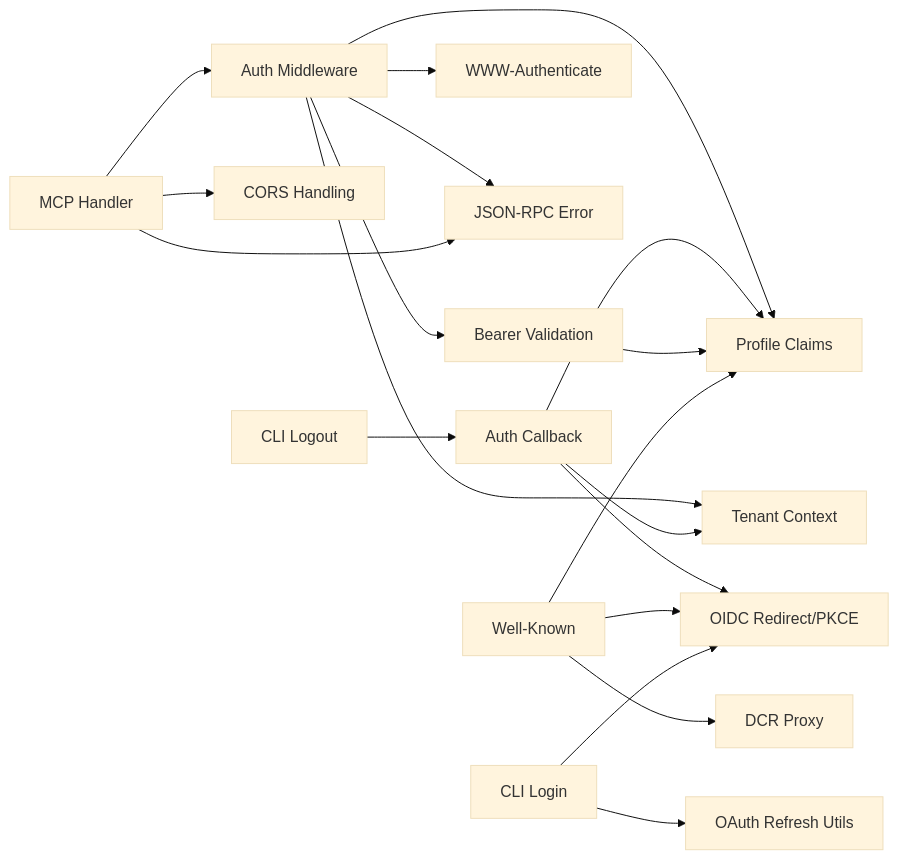
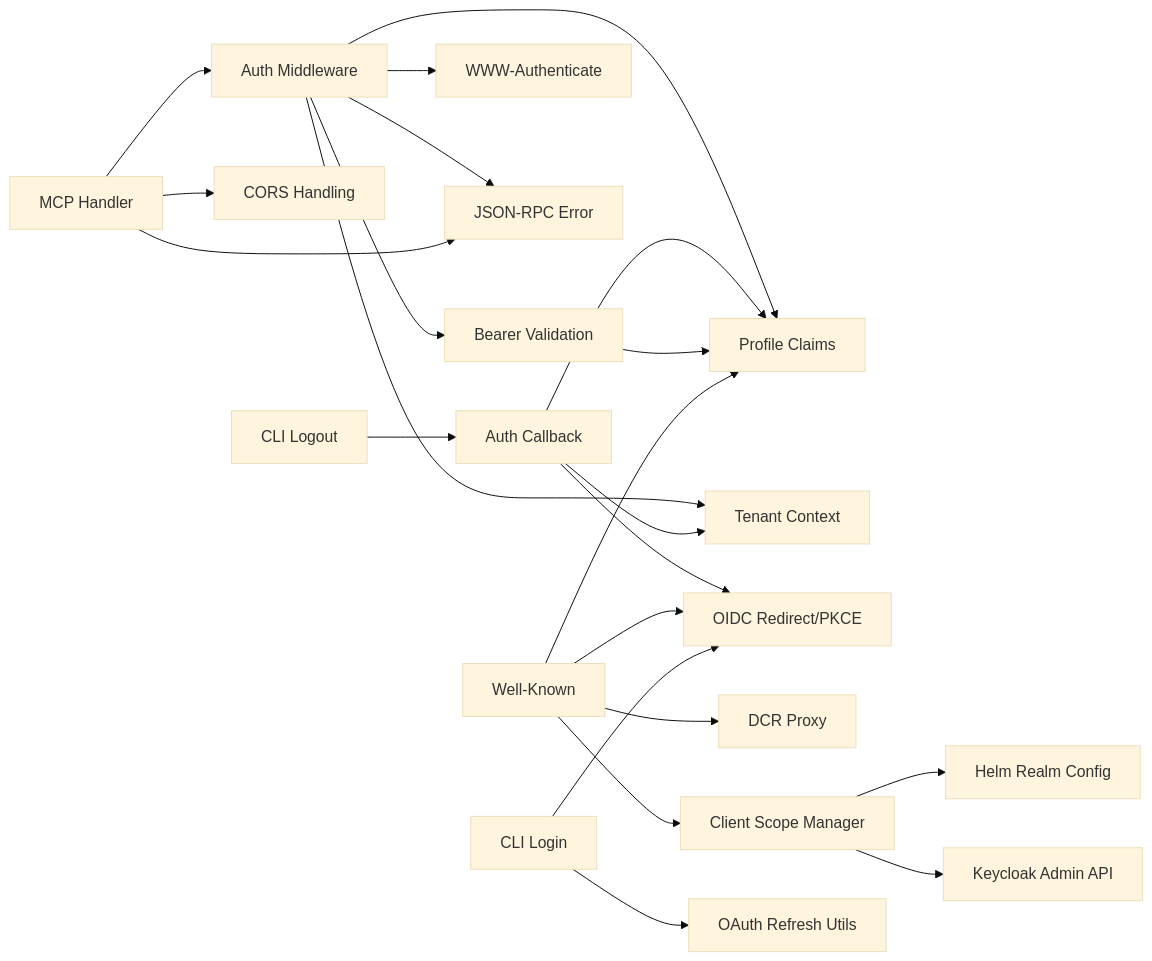
One commit to debian777/kairos-mcp changed diagram 15 of 15 in .qoder/repowiki/en/content/Core Services/Authentication & Authorization/Authentication & Authorization.md. Above: the diagram before and after it, drawn with Mermaid (base theme). The commit also changed other lines of this file and 16 other files, not shown here.

````diff
--- a/.qoder/repowiki/en/content/Core Services/Authentication & Authorization/Authentication & Authorization.md
+++ b/.qoder/repowiki/en/content/Core Services/Authentication & Authorization/Authentication & Authorization.md
@@ -599,21 +675,24 @@
 ```mermaid
 graph LR
 MW["Auth Middleware"] --> BV["Bearer Validation"]
 MW --> PC["Profile Claims"]
 MW --> TC["Tenant Context"]
 MW --> WA["WWW-Authenticate"]
 MW --> JRE["JSON-RPC Error"]
 CB["Auth Callback"] --> RED["OIDC Redirect/PKCE"]
 CB --> PC
 CB --> TC
 BV --> PC
 WK["Well-Known"] --> RED
 WK --> PC
 WK --> DCR["DCR Proxy"]
+WK --> CSM["Client Scope Manager"]
 MCP["MCP Handler"] --> MW
 MCP --> JRE
 MCP --> CORS["CORS Handling"]
 LG["CLI Login"] --> OR["OAuth Refresh Utils"]
 LG --> RED
 LO["CLI Logout"] --> CB
+CSM --> HR["Helm Realm Config"]
+CSM --> KA["Keycloak Admin API"]
 ```
````
